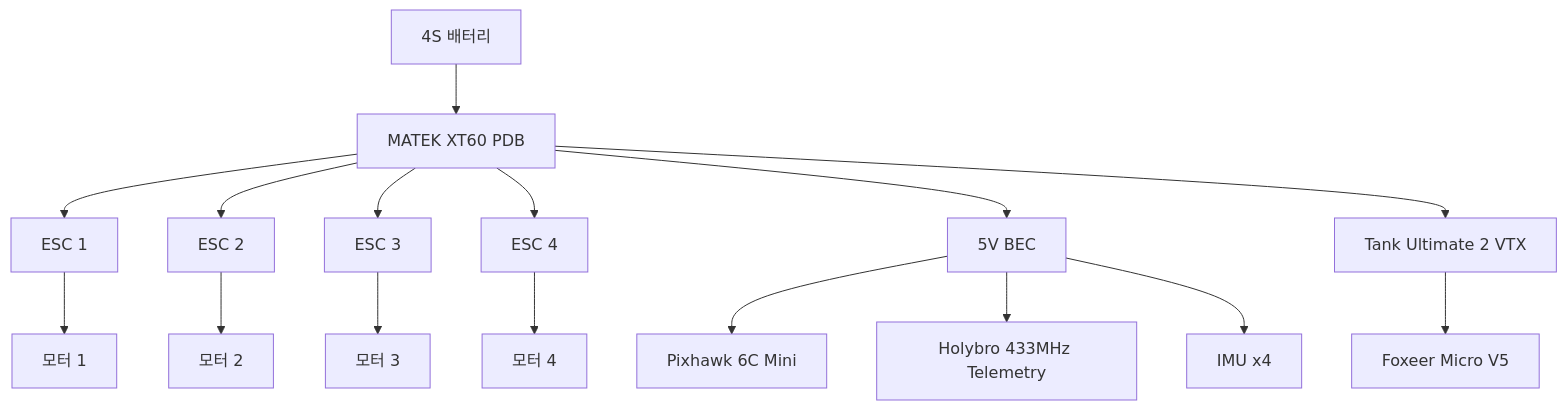
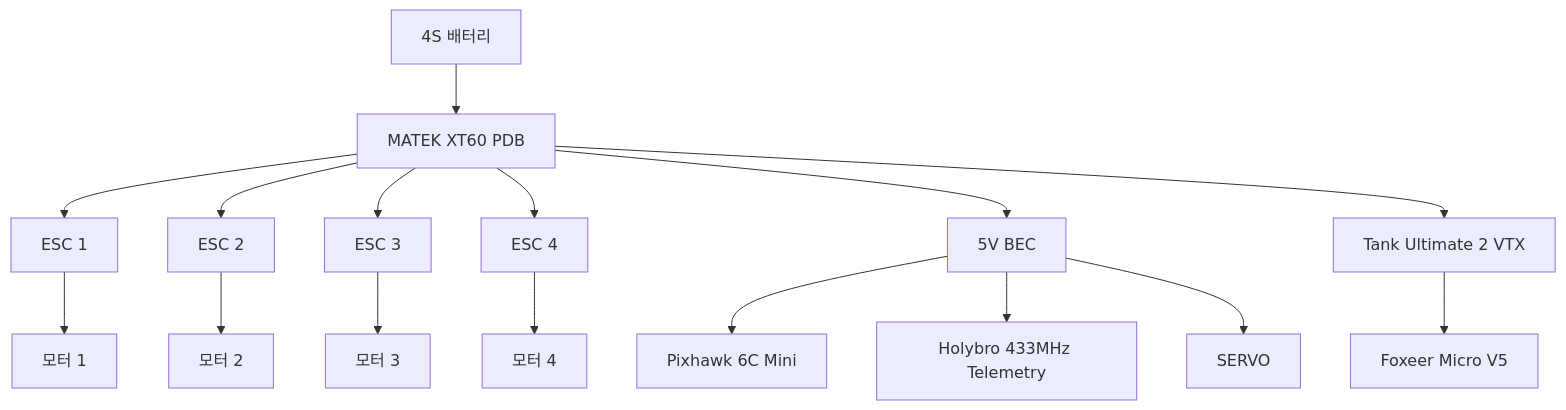
The first of 2 diagrams in HW/ElectricalSystemDesign.md (tokhun2002/A.R.M.S.-Anti-drone-Reusable-Modular-System-), drawn with Mermaid before and after one commit.

Commit message:
Update electrical system design document

````diff
--- a/HW/ElectricalSystemDesign.md
+++ b/HW/ElectricalSystemDesign.md
@@ -7,22 +7,22 @@
 ```mermaid
 flowchart TD
     BAT[4S 배터리] --> PDB[MATEK XT60 PDB]
 
     PDB --> ESC1[ESC 1]
     PDB --> ESC2[ESC 2]
     PDB --> ESC3[ESC 3]
     PDB --> ESC4[ESC 4]
 
     ESC1 --> M1[모터 1]
     ESC2 --> M2[모터 2]
     ESC3 --> M3[모터 3]
     ESC4 --> M4[모터 4]
 
     PDB --> BEC[5V BEC]
     BEC --> FC[Pixhawk 6C Mini]
     BEC --> TEL[Holybro 433MHz Telemetry]
-    BEC --> IMU[IMU x4]
+    BEC --> SERVO
 
     PDB --> VTX[Tank Ultimate 2 VTX]
     VTX --> CAM[Foxeer Micro V5]
 ```
````
